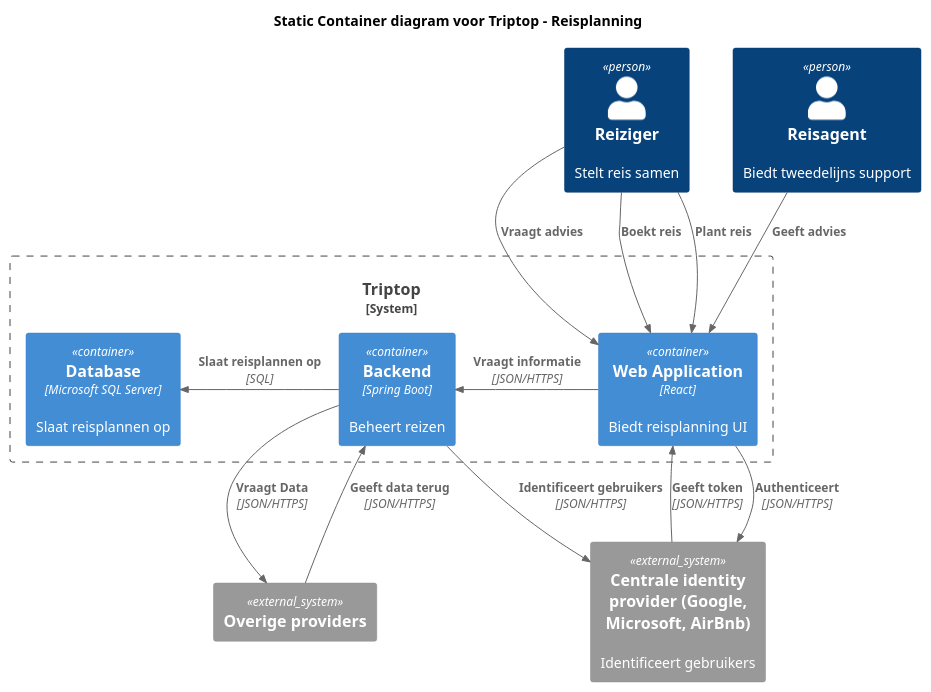
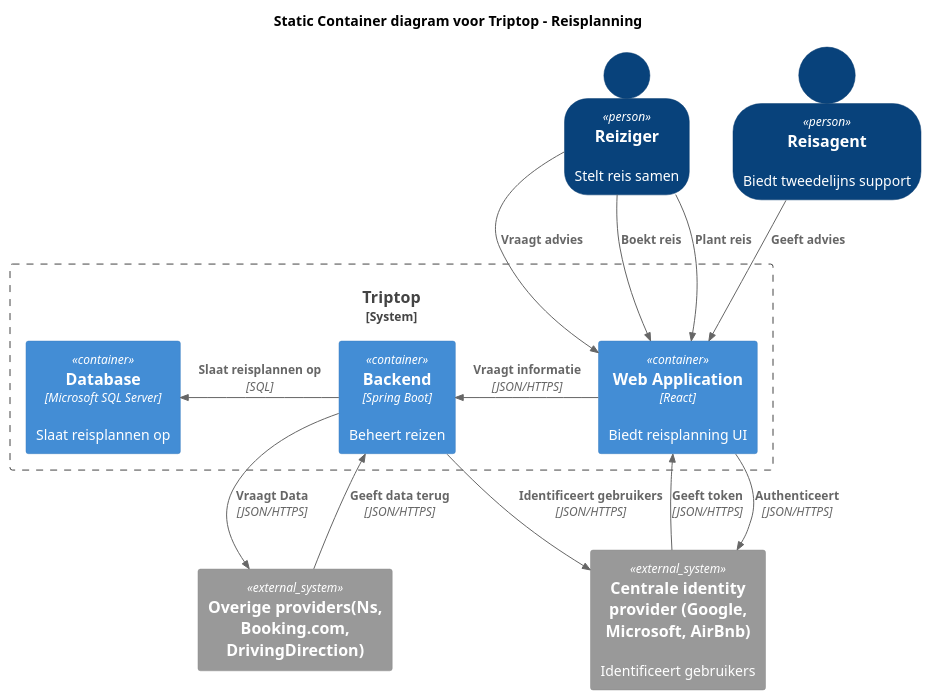
One commit to AIM-ENE-feb25/triptop-groep-tweeeeeeeeeeeeeeeeeeeeee changed the diagram in c4 container diagram.puml. Above: the diagram before and after it, drawn with PlantUML. The commit also changed 1 other file, not shown here.

```diff
--- a/c4 container diagram.puml
+++ b/c4 container diagram.puml
@@ -1,33 +1,34 @@
 @startuml "Triptop Dynamic Container Diagram"
 
 !include https://raw.githubusercontent.com/plantuml-stdlib/C4-PlantUML/master/C4_Container.puml
 
 title Static Container diagram voor Triptop - Reisplanning
+SHOW_PERSON_OUTLINE()
 
 Person(reiziger, "Reiziger", "Stelt reis samen")
 Person(reisagent, "Reisagent", "Biedt tweedelijns support")
 
 System_Boundary(triptop_system, "Triptop") {
   Container(frontend, "Web Application", "React", "Biedt reisplanning UI")
   Container(backend, "Backend", "Spring Boot", "Beheert reizen")
   Container(db, "Database", "Microsoft SQL Server", "Slaat reisplannen op")
 }
 
 System_Ext(centrale_identity_provider, "Centrale identity provider (Google, Microsoft, AirBnb)", "Identificeert gebruikers")
-System_Ext(overige_providers, "Overige providers")
+System_Ext(overige_providers, "Overige providers(Ns, Booking.com, DrivingDirection)", "")
 
 Rel_D(reiziger, frontend, "Plant reis")
 Rel_L(frontend, backend, "Vraagt informatie", "JSON/HTTPS")
 Rel_L(backend, db, "Slaat reisplannen op", "SQL")
 Rel_D(reiziger, frontend, "Vraagt advies")
 Rel_D(reisagent, frontend, "Geeft advies")
 Rel_D(reiziger, frontend, "Boekt reis")
 
 Rel_D(frontend, centrale_identity_provider, "Authenticeert", "JSON/HTTPS")
 Rel_D(backend, centrale_identity_provider, "Identificeert gebruikers", "JSON/HTTPS")
 Rel_D(backend, overige_providers, "Vraagt Data", "JSON/HTTPS")
 
 Rel(centrale_identity_provider, frontend, "Geeft token","JSON/HTTPS")
 Rel_U(overige_providers, backend, "Geeft data terug","JSON/HTTPS")
 
 @enduml
```
